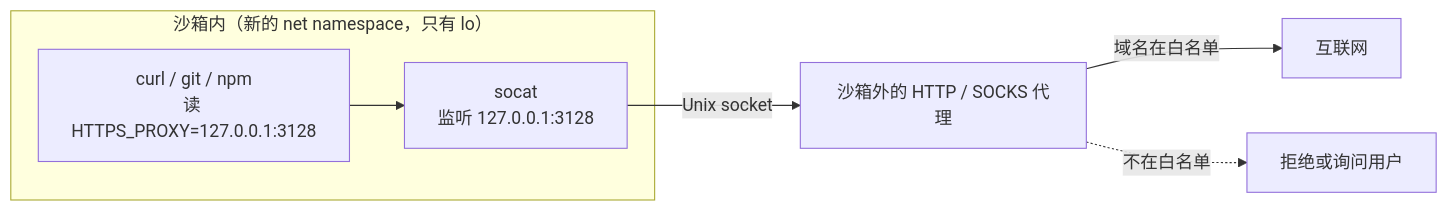
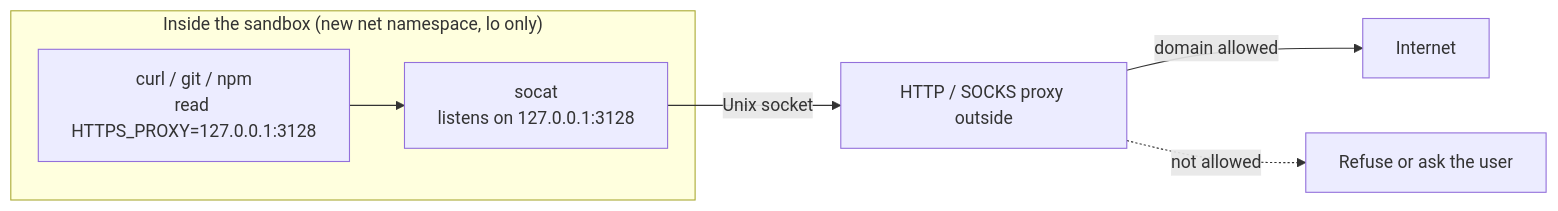
Before and after one commit to alvingaopro/knowledge: the diagram in docs/ai-agents/sandboxing/egress-proxy.md, drawn with Mermaid. The commit also changed other lines of this file and 60 other files, not shown here.

````diff
--- a/docs/ai-agents/sandboxing/egress-proxy.md
+++ b/docs/ai-agents/sandboxing/egress-proxy.md
@@ -20,9 +20,9 @@
 ```mermaid
 flowchart LR
-  subgraph 沙箱内["沙箱内（新的 net namespace，只有 lo）"]
-    C["curl / git / npm<br/>读 HTTPS_PROXY=127.0.0.1:3128"] --> S["socat<br/>监听 127.0.0.1:3128"]
+  subgraph inside["Inside the sandbox (new net namespace, lo only)"]
+    C["curl / git / npm<br/>read HTTPS_PROXY=127.0.0.1:3128"] --> S["socat<br/>listens on 127.0.0.1:3128"]
   end
-  S -->|Unix socket| P["沙箱外的 HTTP / SOCKS 代理"]
-  P -->|域名在白名单| I["互联网"]
-  P -.->|不在白名单| X["拒绝或询问用户"]
+  S -->|Unix socket| P["HTTP / SOCKS proxy outside"]
+  P -->|domain allowed| I["Internet"]
+  P -.->|not allowed| X["Refuse or ask the user"]
 ```
````
